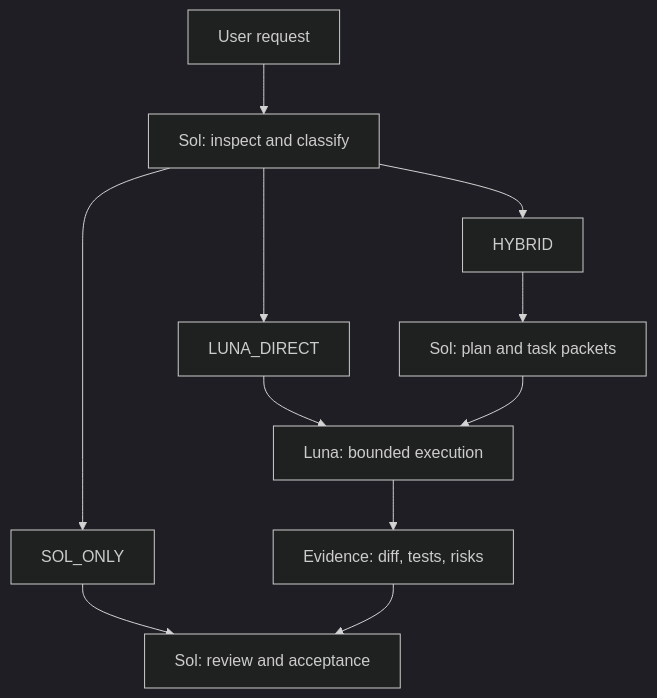
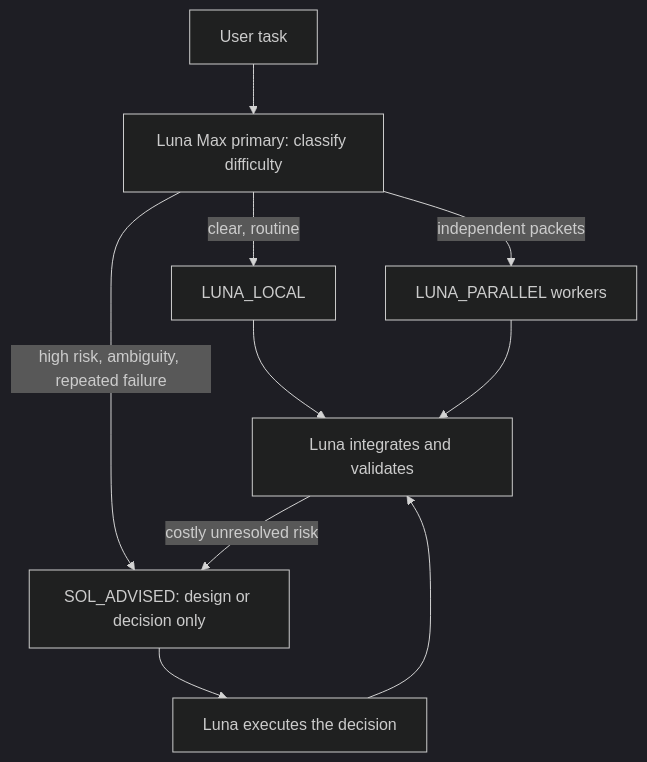
One commit to BruceLanLan/sol-luna-engineering-workflow changed the diagram in README.en.md. Above: the diagram before and after it, drawn with Mermaid (dark theme). The commit also changed other lines of this file, not shown here.

Commit message:
Update English docs for Luna-first routing

````diff
--- a/README.en.md
+++ b/README.en.md
@@ -18,13 +11,12 @@
 ```mermaid
 flowchart TD
-    U["User request"] --> S["Sol: inspect and classify"]
-    S --> O["SOL_ONLY"]
-    S --> D["LUNA_DIRECT"]
-    S --> H["HYBRID"]
-    D --> L["Luna: bounded execution"]
-    H --> P["Sol: plan and task packets"]
-    P --> L
-    L --> E["Evidence: diff, tests, risks"]
-    O --> A["Sol: review and acceptance"]
-    E --> A
+    U["User task"] --> L["Luna Max primary: classify difficulty"]
+    L -->|clear, routine| E["LUNA_LOCAL"]
+    L -->|independent packets| P["LUNA_PARALLEL workers"]
+    L -->|high risk, ambiguity, repeated failure| S["SOL_ADVISED: design or decision only"]
+    S --> X["Luna executes the decision"]
+    E --> V["Luna integrates and validates"]
+    P --> V
+    X --> V
+    V -->|costly unresolved risk| S
 ```
````
